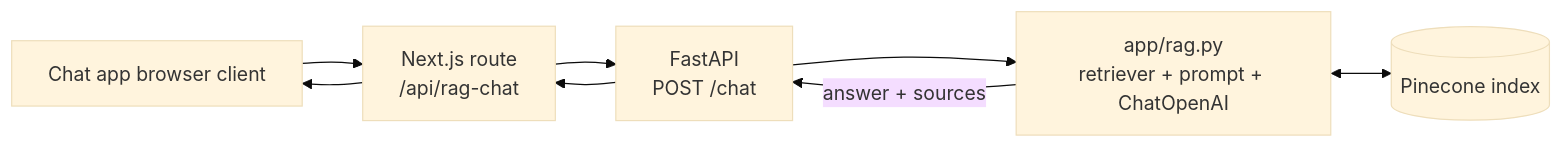
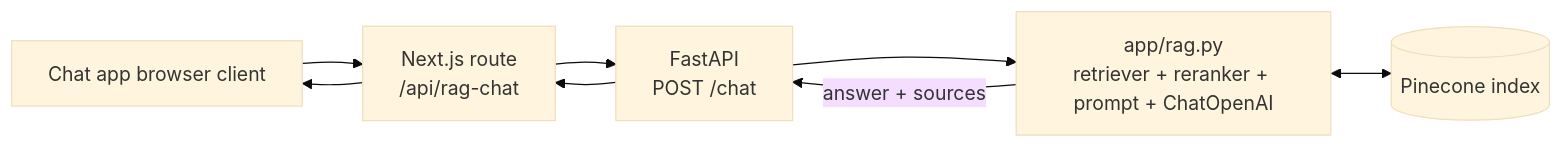
Before and after one commit to achyutasvm/vector_embeddings: the second of 2 diagrams in README.md, drawn with Mermaid (base theme). The commit also changed other lines of this file and 5 other files, not shown here.

````diff
--- a/README.md
+++ b/README.md
@@ -49,12 +54,12 @@
 ```mermaid
 flowchart LR
     Browser["Chat app browser client"]
     NextRoute["Next.js route\n/api/rag-chat"]
     FastAPI["FastAPI\nPOST /chat"]
-    RAGChain["app/rag.py\nretriever + prompt + ChatOpenAI"]
+    RAGChain["app/rag.py\nretriever + reranker + prompt + ChatOpenAI"]
     PineconeIdx[("Pinecone index")]
 
     Browser --> NextRoute --> FastAPI --> RAGChain
     RAGChain <--> PineconeIdx
     RAGChain -- "answer + sources" --> FastAPI --> NextRoute --> Browser
 ```
````
